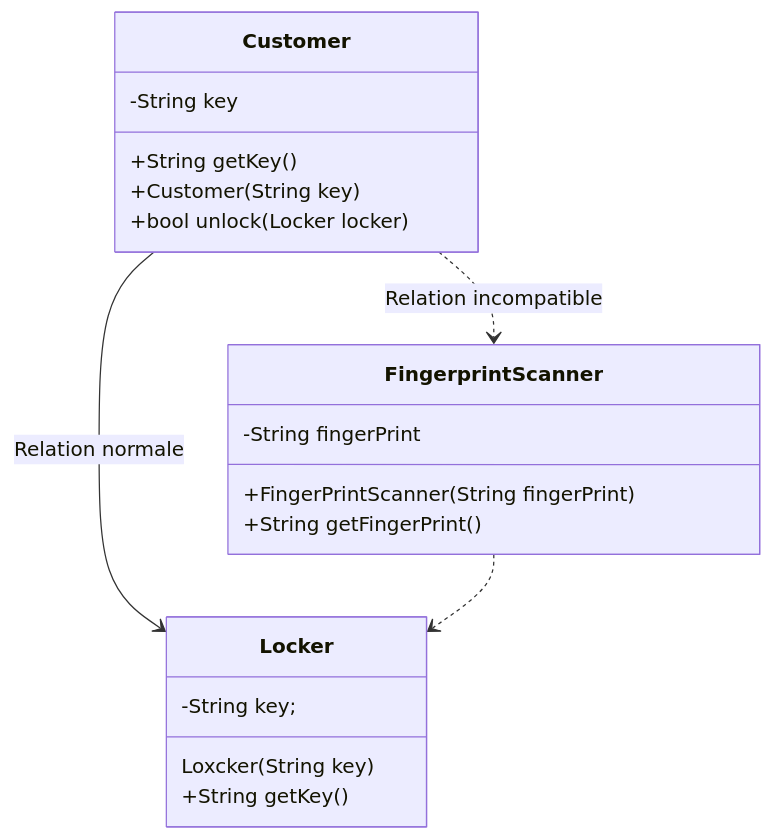
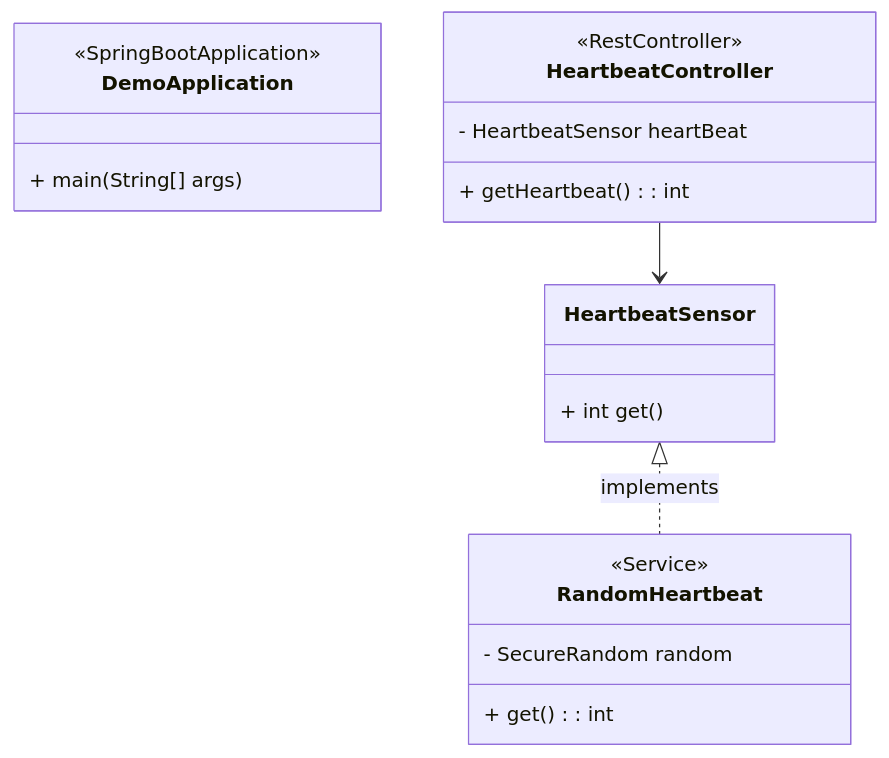
One commit to JeremyRolland/SpringBoot-SquareGames changed the diagram in README.md. Above: the diagram before and after it, drawn with Mermaid. The commit also changed other lines of this file and 5 other files, not shown here.

````diff
--- a/README.md
+++ b/README.md
@@ -2,28 +29,32 @@
 ```mermaid
 
 classDiagram
-    class Customer{
-        -String key
-        +String getKey()
-        +Customer(String key)
-        +bool unlock(Locker locker)
+    class DemoApplication{
+        <<SpringBootApplication>>
+        + main(String[] args)
     }
 
-    class Locker {
-        -String key;
-        Loxcker(String key)
-        +String getKey()
+    class HeartbeatController {
+        <<RestController>>
+        - HeartbeatSensor heartBeat
+        + getHeartbeat(): int
     }
 
-    class FingerprintScanner {
-        -String fingerPrint
-        +FingerPrintScanner(String fingerPrint)
-        +String getFingerPrint()
+    class HeartbeatSensor {
+        + int get()
     }
 
-    Customer --> Locker : Relation normale
-    Customer ..> FingerprintScanner : Relation incompatible
-    FingerprintScanner ..> Locker
+    class RandomHeartbeat {
+        <<Service>>
+        - SecureRandom random
+        + get(): int
+    }
+
+HeartbeatSensor <|.. RandomHeartbeat : implements
+
+
+HeartbeatController --> HeartbeatSensor
+
 
 
 ```
````
